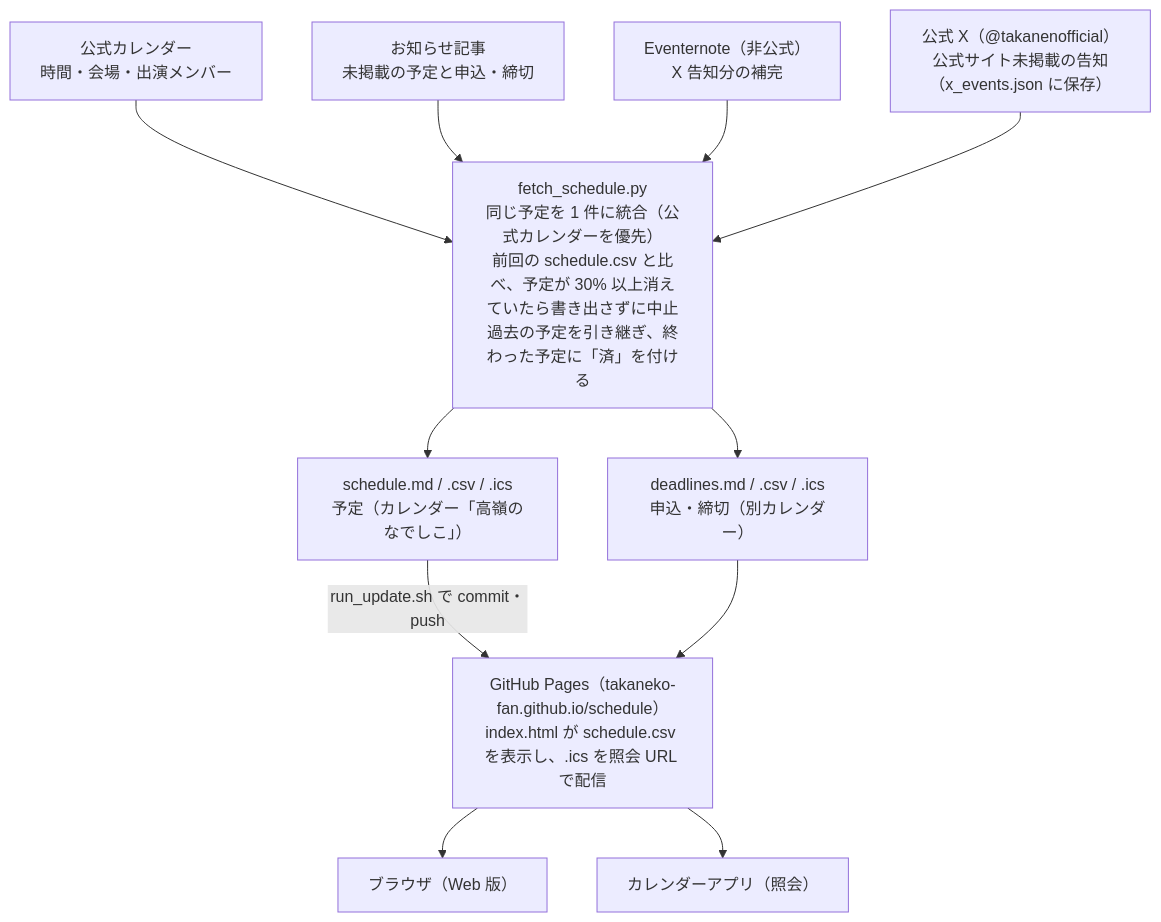
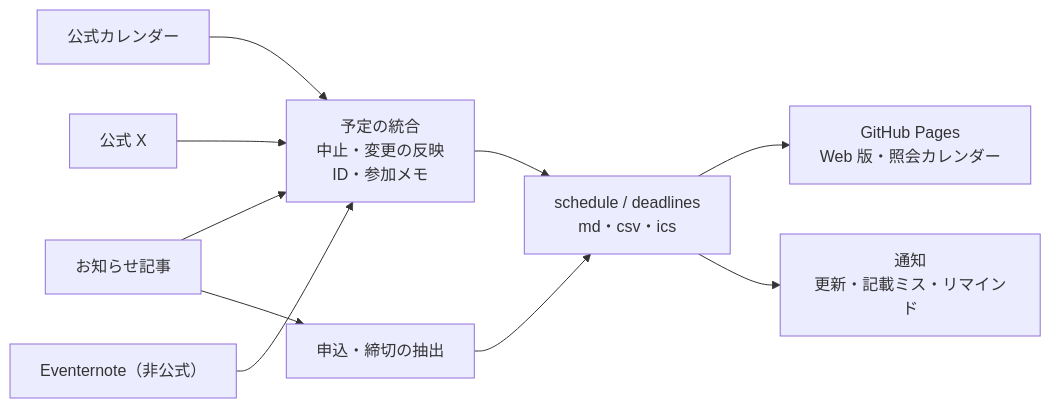
One commit to takaneko-fan/schedule changed the diagram in docs/spec.md. Above: the diagram before and after it, drawn with Mermaid. The commit also changed other lines of this file and 4 other files, not shown here.

````diff
--- a/docs/spec.md
+++ b/docs/spec.md
@@ -19,15 +72,11 @@
 ```mermaid
-flowchart TD
-    cal["公式カレンダー<br>時間・会場・出演メンバー"] --> py
-    news["お知らせ記事<br>未掲載の予定と申込・締切"] --> py
-    en["Eventernote（非公式）<br>X 告知分の補完"] --> py
-    x["公式 X（@takanenofficial）<br>公式サイト未掲載の告知（x_events.json に保存）"] --> py
-    py["fetch_schedule.py<br>同じ予定を 1 件に統合（公式カレンダーを優先）<br>前回の schedule.csv と比べ、予定が 30% 以上消えていたら書き出さずに中止<br>過去の予定を引き継ぎ、終わった予定に「済」を付ける"]
-    py --> sch["schedule.md / .csv / .ics<br>予定（カレンダー「高嶺のなでしこ」）"]
-    py --> dl["deadlines.md / .csv / .ics<br>申込・締切（別カレンダー）"]
-    sch -- "run_update.sh で commit・push" --> pages
-    dl --> pages
-    pages["GitHub Pages（takaneko-fan.github.io/schedule）<br>index.html が schedule.csv を表示し、.ics を照会 URL で配信"]
-    pages --> browser["ブラウザ（Web 版）"]
-    pages --> app["カレンダーアプリ（照会）"]
+flowchart LR
+    cal["公式カレンダー"] --> merge
+    news["お知らせ記事"] --> merge
+    x["公式 X"] --> merge
+    en["Eventernote（非公式）"] --> merge
+    merge["予定の統合<br>中止・変更の反映<br>ID・参加メモ"] --> out["schedule / deadlines<br>md・csv・ics"]
+    news --> dl["申込・締切の抽出"] --> out
+    out --> pages["GitHub Pages<br>Web 版・照会カレンダー"]
+    out --> notify["通知<br>更新・記載ミス・リマインド"]
 ```
````
